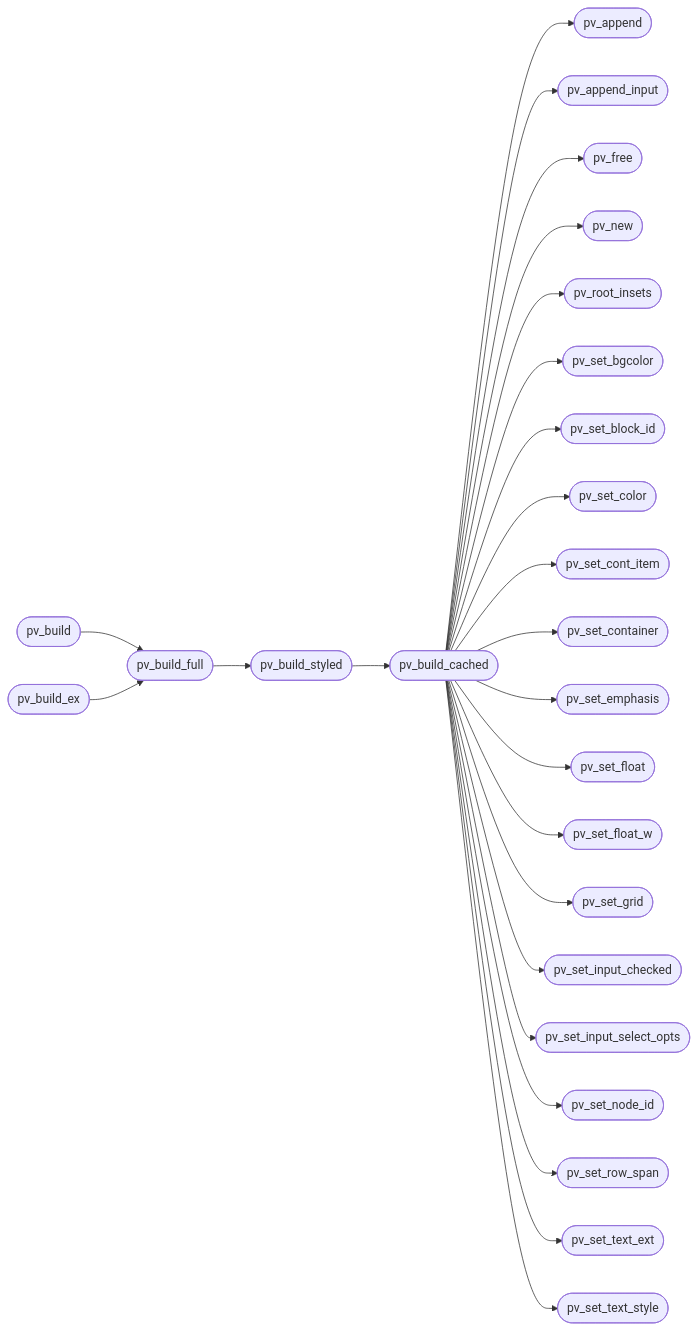
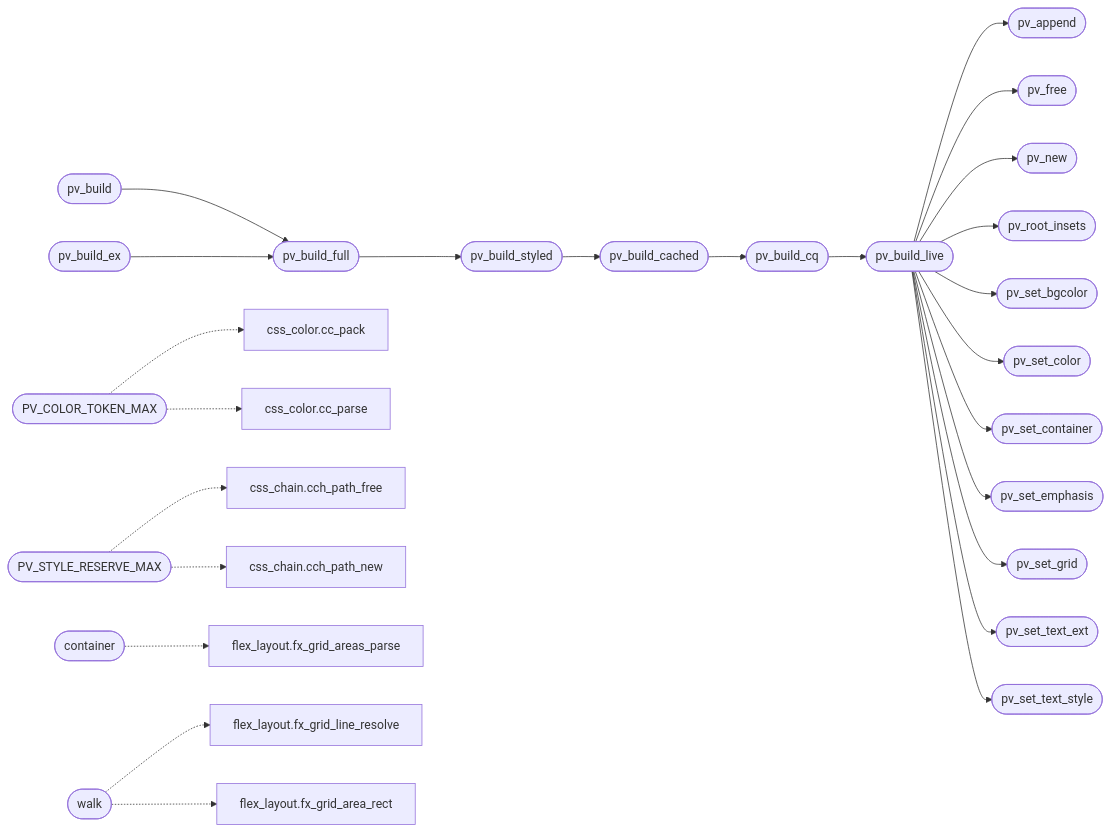
One commit to grisuno/FreeDom changed the second of 2 diagrams in readmenator-apidocs/modules/src.page_view.c.md. Above: the diagram before and after it, drawn with Mermaid. The commit also changed other lines of this file and 234 other files, not shown here.

````diff
--- a/readmenator-apidocs/modules/src.page_view.c.md
+++ b/readmenator-apidocs/modules/src.page_view.c.md
@@ -68,52 +69,56 @@
 ```mermaid
 flowchart LR
     n_src_page_view_c__pv_build(["pv_build"])
     n_src_page_view_c__pv_build_full(["pv_build_full"])
     n_src_page_view_c__pv_build_ex(["pv_build_ex"])
     n_src_page_view_c__pv_build_styled(["pv_build_styled"])
     n_src_page_view_c__pv_build_cached(["pv_build_cached"])
+    n_src_page_view_c__pv_build_cq(["pv_build_cq"])
+    n_src_page_view_c__pv_build_live(["pv_build_live"])
     n_src_page_view_c__pv_append(["pv_append"])
-    n_src_page_view_c__pv_append_input(["pv_append_input"])
     n_src_page_view_c__pv_free(["pv_free"])
     n_src_page_view_c__pv_new(["pv_new"])
     n_src_page_view_c__pv_root_insets(["pv_root_insets"])
     n_src_page_view_c__pv_set_bgcolor(["pv_set_bgcolor"])
-    n_src_page_view_c__pv_set_block_id(["pv_set_block_id"])
     n_src_page_view_c__pv_set_color(["pv_set_color"])
-    n_src_page_view_c__pv_set_cont_item(["pv_set_cont_item"])
     n_src_page_view_c__pv_set_container(["pv_set_container"])
     n_src_page_view_c__pv_set_emphasis(["pv_set_emphasis"])
-    n_src_page_view_c__pv_set_float(["pv_set_float"])
-    n_src_page_view_c__pv_set_float_w(["pv_set_float_w"])
     n_src_page_view_c__pv_set_grid(["pv_set_grid"])
-    n_src_page_view_c__pv_set_input_checked(["pv_set_input_checked"])
-    n_src_page_view_c__pv_set_input_select_opts(["pv_set_input_select_opts"])
-    n_src_page_view_c__pv_set_node_id(["pv_set_node_id"])
-    n_src_page_view_c__pv_set_row_span(["pv_set_row_span"])
     n_src_page_view_c__pv_set_text_ext(["pv_set_text_ext"])
     n_src_page_view_c__pv_set_text_style(["pv_set_text_style"])
+    n_src_page_view_c__PV_COLOR_TOKEN_MAX(["PV_COLOR_TOKEN_MAX"])
+    n_include_css_color_h__cc_pack["css_color.cc_pack"]
+    n_src_css_color_c__cc_parse["css_color.cc_parse"]
+    n_src_page_view_c__PV_STYLE_RESERVE_MAX(["PV_STYLE_RESERVE_MAX"])
+    n_include_css_chain_h__cch_path_free["css_chain.cch_path_free"]
+    n_include_css_chain_h__cch_path_new["css_chain.cch_path_new"]
+    n_src_page_view_c__container(["container"])
+    n_src_flex_layout_c__fx_grid_areas_parse["flex_layout.fx_grid_areas_parse"]
+    n_src_page_view_c__walk(["walk"])
+    n_include_flex_layout_h__fx_grid_line_resolve["flex_layout.fx_grid_line_resolve"]
+    n_src_flex_layout_c__fx_grid_area_rect["flex_layout.fx_grid_area_rect"]
     n_src_page_view_c__pv_build --> n_src_page_view_c__pv_build_full
     n_src_page_view_c__pv_build_ex --> n_src_page_view_c__pv_build_full
     n_src_page_view_c__pv_build_full --> n_src_page_view_c__pv_build_styled
     n_src_page_view_c__pv_build_styled --> n_src_page_view_c__pv_build_cached
-    n_src_page_view_c__pv_build_cached --> n_src_page_view_c__pv_append
-    n_src_page_view_c__pv_build_cached --> n_src_page_view_c__pv_append_input
-    n_src_page_view_c__pv_build_cached --> n_src_page_view_c__pv_free
-    n_src_page_view_c__pv_build_cached --> n_src_page_view_c__pv_new
-    n_src_page_view_c__pv_build_cached --> n_src_page_view_c__pv_root_insets
-    n_src_page_view_c__pv_build_cached --> n_src_page_view_c__pv_set_bgcolor
-    n_src_page_view_c__pv_build_cached --> n_src_page_view_c__pv_set_block_id
-    n_src_page_view_c__pv_build_cached --> n_src_page_view_c__pv_set_color
-    n_src_page_view_c__pv_build_cached --> n_src_page_view_c__pv_set_cont_item
-    n_src_page_view_c__pv_build_cached --> n_src_page_view_c__pv_set_container
-    n_src_page_view_c__pv_build_cached --> n_src_page_view_c__pv_set_emphasis
-    n_src_page_view_c__pv_build_cached --> n_src_page_view_c__pv_set_float
-    n_src_page_view_c__pv_build_cached --> n_src_page_view_c__pv_set_float_w
-    n_src_page_view_c__pv_build_cached --> n_src_page_view_c__pv_set_grid
-    n_src_page_view_c__pv_build_cached --> n_src_page_view_c__pv_set_input_checked
-    n_src_page_view_c__pv_build_cached --> n_src_page_view_c__pv_set_input_select_opts
-    n_src_page_view_c__pv_build_cached --> n_src_page_view_c__pv_set_node_id
-    n_src_page_view_c__pv_build_cached --> n_src_page_view_c__pv_set_row_span
-    n_src_page_view_c__pv_build_cached --> n_src_page_view_c__pv_set_text_ext
-    n_src_page_view_c__pv_build_cached --> n_src_page_view_c__pv_set_text_style
+    n_src_page_view_c__pv_build_cached --> n_src_page_view_c__pv_build_cq
+    n_src_page_view_c__pv_build_cq --> n_src_page_view_c__pv_build_live
+    n_src_page_view_c__pv_build_live --> n_src_page_view_c__pv_append
+    n_src_page_view_c__pv_build_live --> n_src_page_view_c__pv_free
+    n_src_page_view_c__pv_build_live --> n_src_page_view_c__pv_new
+    n_src_page_view_c__pv_build_live --> n_src_page_view_c__pv_root_insets
+    n_src_page_view_c__pv_build_live --> n_src_page_view_c__pv_set_bgcolor
+    n_src_page_view_c__pv_build_live --> n_src_page_view_c__pv_set_color
+    n_src_page_view_c__pv_build_live --> n_src_page_view_c__pv_set_container
+    n_src_page_view_c__pv_build_live --> n_src_page_view_c__pv_set_emphasis
+    n_src_page_view_c__pv_build_live --> n_src_page_view_c__pv_set_grid
+    n_src_page_view_c__pv_build_live --> n_src_page_view_c__pv_set_text_ext
+    n_src_page_view_c__pv_build_live --> n_src_page_view_c__pv_set_text_style
+    n_src_page_view_c__PV_COLOR_TOKEN_MAX -.-> n_include_css_color_h__cc_pack
+    n_src_page_view_c__PV_COLOR_TOKEN_MAX -.-> n_src_css_color_c__cc_parse
+    n_src_page_view_c__PV_STYLE_RESERVE_MAX -.-> n_include_css_chain_h__cch_path_free
+    n_src_page_view_c__PV_STYLE_RESERVE_MAX -.-> n_include_css_chain_h__cch_path_new
+    n_src_page_view_c__container -.-> n_src_flex_layout_c__fx_grid_areas_parse
+    n_src_page_view_c__walk -.-> n_include_flex_layout_h__fx_grid_line_resolve
+    n_src_page_view_c__walk -.-> n_src_flex_layout_c__fx_grid_area_rect
 ```
````
